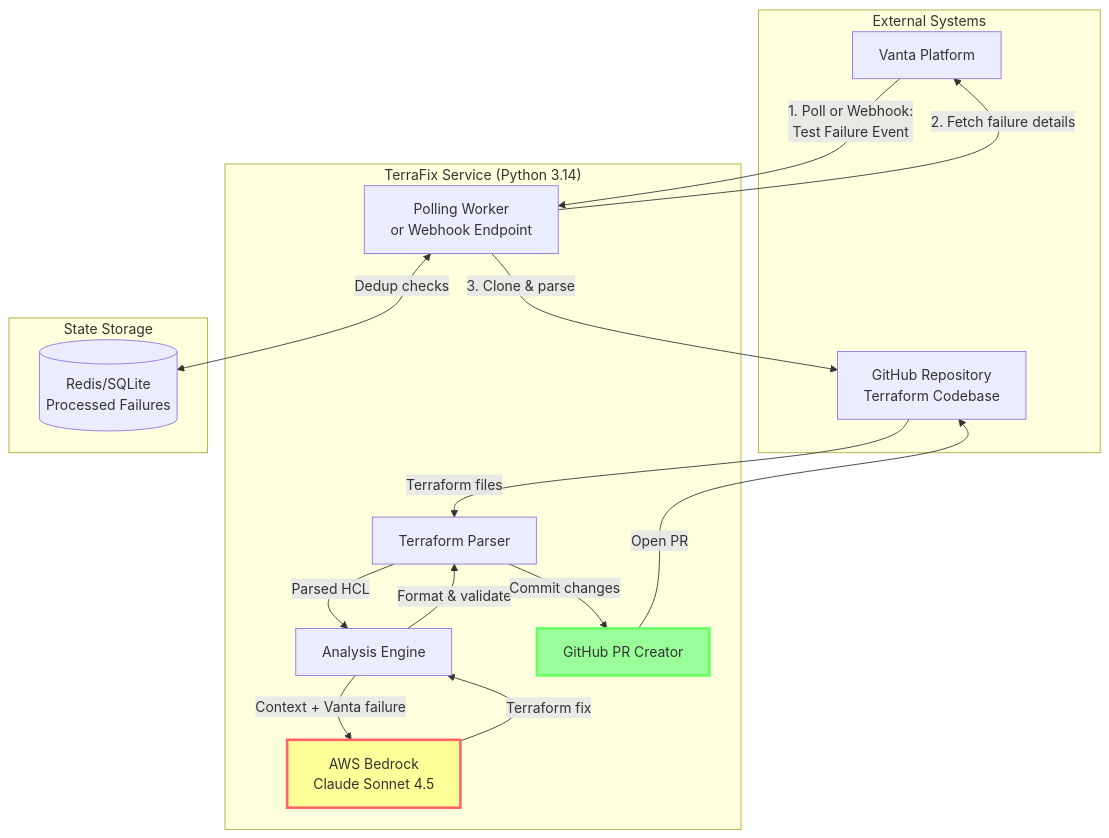
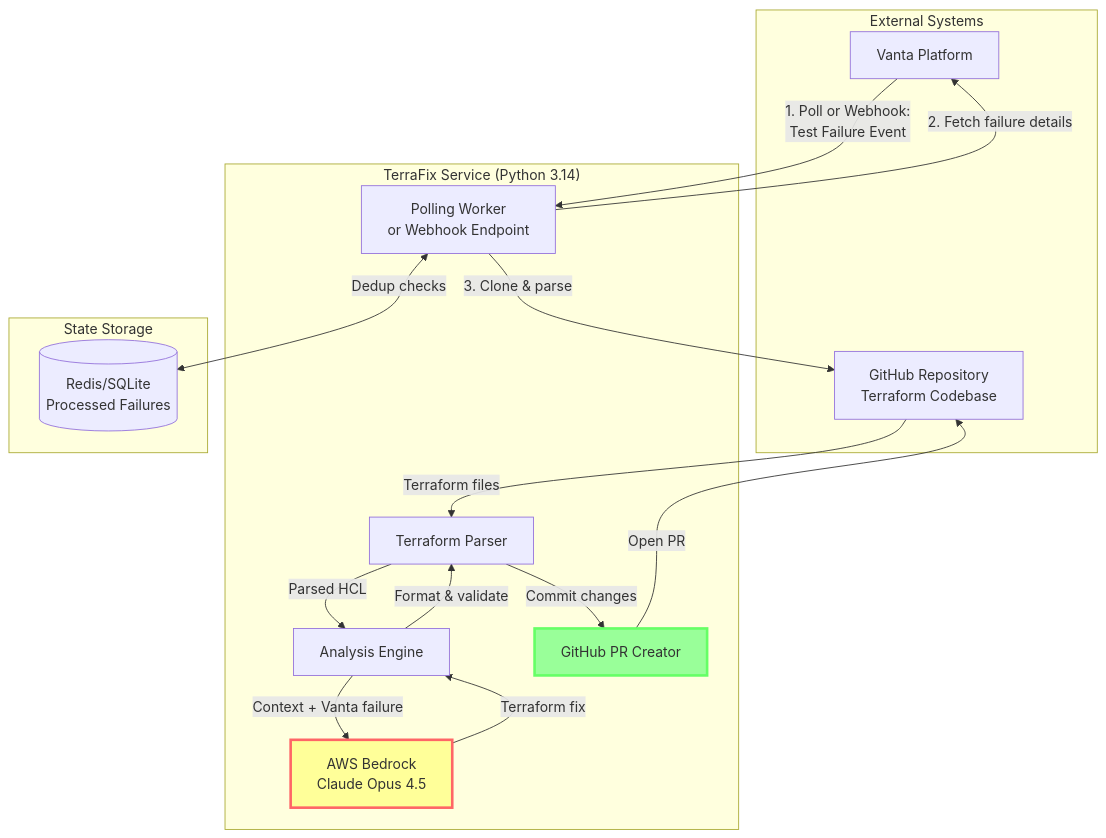
Before and after one commit to Ari-S-123/TerraFix: the diagram in terraform-pr-bot-spec.md, drawn with Mermaid. The commit also changed other lines of this file and 5 other files, not shown here.

````diff
--- a/terraform-pr-bot-spec.md
+++ b/terraform-pr-bot-spec.md
@@ -29,34 +29,34 @@
 ```mermaid
 flowchart TB
     subgraph External["External Systems"]
         V[Vanta Platform]
         GH[GitHub Repository<br/>Terraform Codebase]
     end
     
     subgraph Service["TerraFix Service (Python 3.14)"]
         P[Polling Worker<br/>or Webhook Endpoint]
         A[Analysis Engine]
-        B[AWS Bedrock<br/>Claude Sonnet 4.5]
+        B[AWS Bedrock<br/>Claude Opus 4.5]
         T[Terraform Parser]
         G[GitHub PR Creator]
     end
     
     subgraph Storage["State Storage"]
         R[(Redis/SQLite<br/>Processed Failures)]
     end
     
     V -->|1. Poll or Webhook:<br/>Test Failure Event| P
     P -->|2. Fetch failure details| V
     P -->|3. Clone & parse| GH
     GH -->|Terraform files| T
     T -->|Parsed HCL| A
     A -->|Context + Vanta failure| B
     B -->|Terraform fix| A
     A -->|Format & validate| T
     T -->|Commit changes| G
     G -->|Open PR| GH
     P <-->|Dedup checks| R
     
     style B fill:#ff9,stroke:#f66,stroke-width:3px
     style G fill:#9f9,stroke:#6f6,stroke-width:3px
 ```
````
